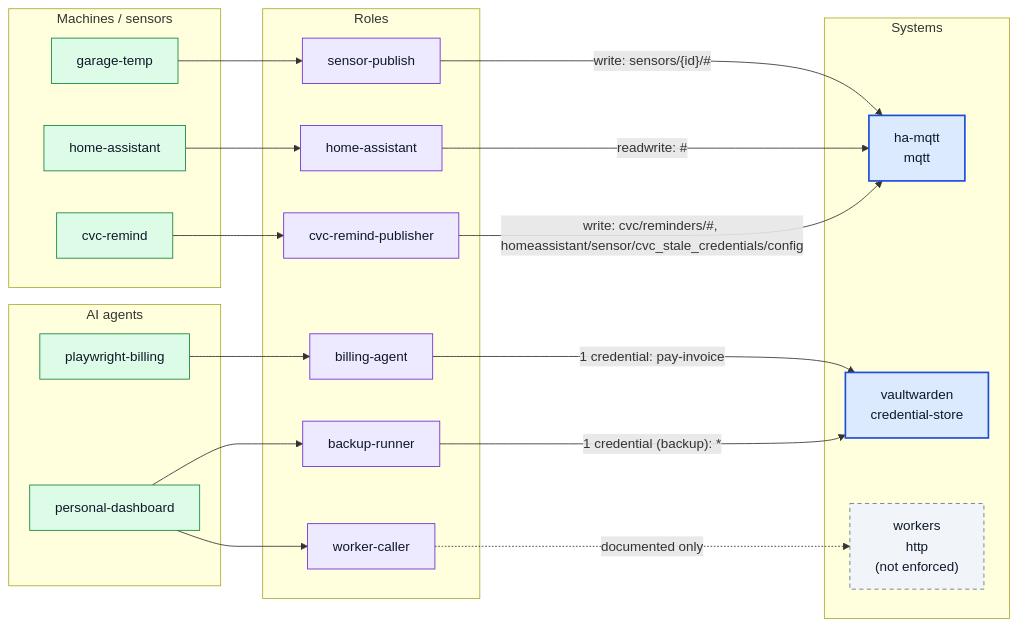
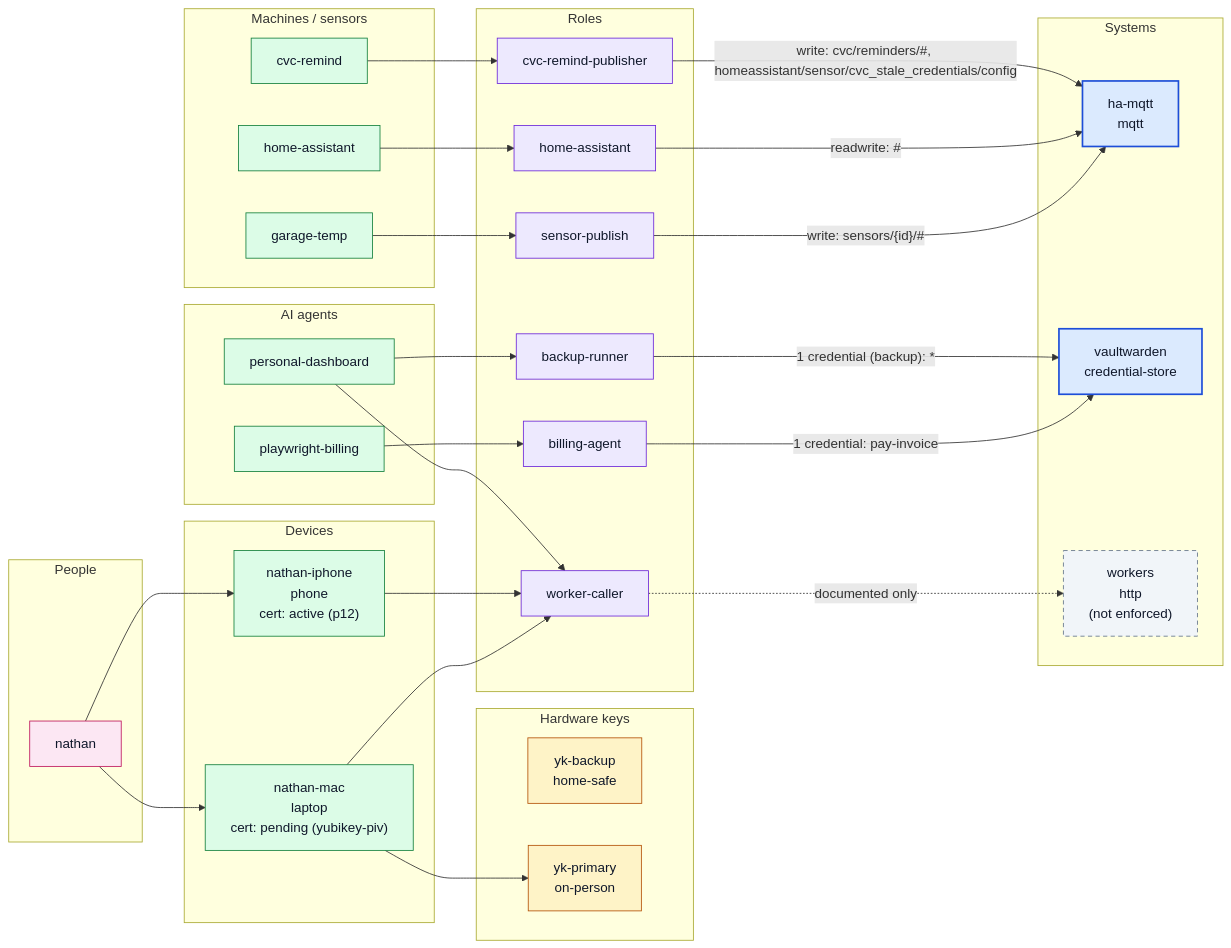
One commit to opusvar/credential_organizer changed the diagram in docs/access-graph.example.md. Above: the diagram before and after it, drawn with Mermaid. The commit also changed other lines of this file and 9 other files, not shown here.

First line of the commit message:
access: people, hardware keys and devices with per-device certs (D13)

````diff
--- a/docs/access-graph.example.md
+++ b/docs/access-graph.example.md
@@ -5,48 +5,68 @@
 ```mermaid
 flowchart LR
     subgraph agents["AI agents"]
         p_personal_dashboard["personal-dashboard"]
         p_playwright_billing["playwright-billing"]
     end
     subgraph machines["Machines / sensors"]
         p_cvc_remind["cvc-remind"]
         p_garage_temp["garage-temp"]
         p_home_assistant["home-assistant"]
+    end
+    subgraph people["People"]
+        u_nathan["nathan"]
+    end
+    subgraph hwkeys["Hardware keys"]
+        k_yk_backup["yk-backup<br/>home-safe"]
+        k_yk_primary["yk-primary<br/>on-person"]
+    end
+    subgraph devices["Devices"]
+        p_nathan_iphone["nathan-iphone<br/>phone<br/>cert: active (p12)"]
+        p_nathan_mac["nathan-mac<br/>laptop<br/>cert: pending (yubikey-piv)"]
     end
     subgraph roles["Roles"]
         r_backup_runner["backup-runner"]
         r_billing_agent["billing-agent"]
         r_cvc_remind_publisher["cvc-remind-publisher"]
         r_home_assistant["home-assistant"]
         r_sensor_publish["sensor-publish"]
         r_worker_caller["worker-caller"]
     end
     subgraph systems["Systems"]
         s_ha_mqtt["ha-mqtt<br/>mqtt"]
         s_vaultwarden["vaultwarden<br/>credential-store"]
         s_workers["workers<br/>http<br/>(not enforced)"]
     end
+    u_nathan --> p_nathan_iphone
+    u_nathan --> p_nathan_mac
+    p_nathan_mac --> k_yk_primary
     p_personal_dashboard --> r_backup_runner
     p_personal_dashboard --> r_worker_caller
     p_playwright_billing --> r_billing_agent
     p_cvc_remind --> r_cvc_remind_publisher
     p_garage_temp --> r_sensor_publish
     p_home_assistant --> r_home_assistant
+    p_nathan_iphone --> r_worker_caller
+    p_nathan_mac --> r_worker_caller
     r_backup_runner -->|"1 credential #40;backup#41;: *"| s_vaultwarden
     r_billing_agent -->|"1 credential: pay-invoice"| s_vaultwarden
     r_cvc_remind_publisher -->|"write: cvc/reminders/#35;, homeassistant/sensor/cvc_stale_credentials/config"| s_ha_mqtt
     r_home_assistant -->|"readwrite: #35;"| s_ha_mqtt
     r_sensor_publish -->|"write: sensors/#123;id#125;/#35;"| s_ha_mqtt
     r_worker_caller -.->|"documented only"| s_workers
     classDef enforced fill:#dbeafe,stroke:#1d4ed8,color:#0f172a,stroke-width:2px
     classDef unenforced fill:#f1f5f9,stroke:#64748b,color:#0f172a,stroke-dasharray:5 4
     classDef role fill:#ede9fe,stroke:#6d28d9,color:#0f172a
     classDef orphan fill:#fef9c3,stroke:#a16207,color:#0f172a,stroke-dasharray:2 3
     classDef principal fill:#dcfce7,stroke:#15803d,color:#0f172a
     classDef expired fill:#e5e7eb,stroke:#9ca3af,color:#6b7280,stroke-dasharray:3 3
+    classDef person fill:#fce7f3,stroke:#be185d,color:#0f172a
+    classDef hwkey fill:#fef3c7,stroke:#b45309,color:#0f172a
     classDef soon fill:#fed7aa,stroke:#c2410c,color:#0f172a,stroke-width:2px
     class s_ha_mqtt,s_vaultwarden enforced
-    class p_personal_dashboard,p_playwright_billing,p_cvc_remind,p_garage_temp,p_home_assistant principal
+    class k_yk_backup,k_yk_primary hwkey
+    class u_nathan person
+    class p_personal_dashboard,p_playwright_billing,p_cvc_remind,p_garage_temp,p_home_assistant,p_nathan_iphone,p_nathan_mac principal
     class r_backup_runner,r_billing_agent,r_cvc_remind_publisher,r_home_assistant,r_sensor_publish,r_worker_caller role
     class s_workers unenforced
 ```
````
